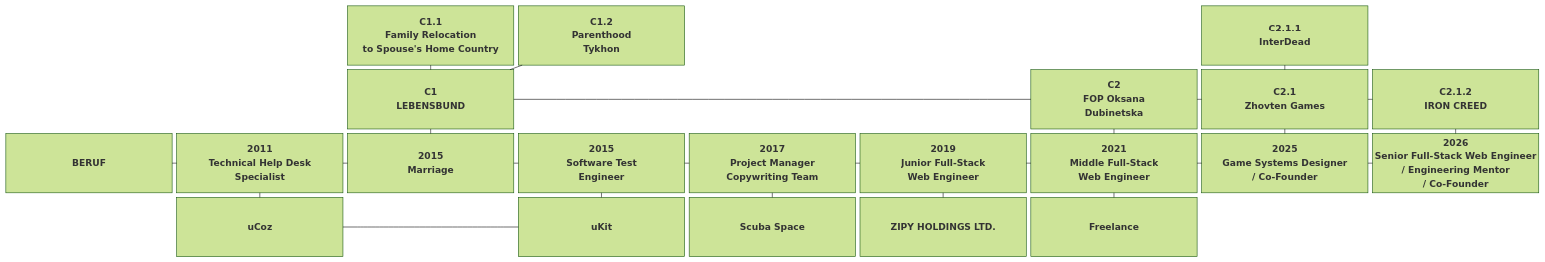
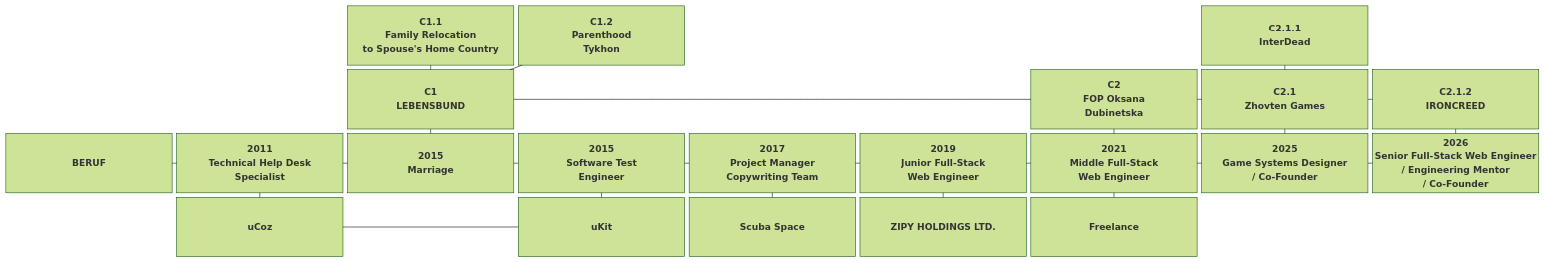
The diagram in README.md (pan-canon/pan-canon), drawn with Mermaid (forest theme) before and after one commit. The commit also changed other lines of this file, not shown here.

```diff
--- a/README.md
+++ b/README.md
@@ -33,7 +33,7 @@
     space:3
     FOP["C2<br/>FOP Oksana<br/>Dubinetska"]
     ZGS["C2.1<br/>Zhovten Games"]
-    ICS["C2.1.2<br/>IRON CREED"]
+    ICS["C2.1.2<br/>IRONCREED"]
     space
 
     %% ─────────────────────────────────────
```
